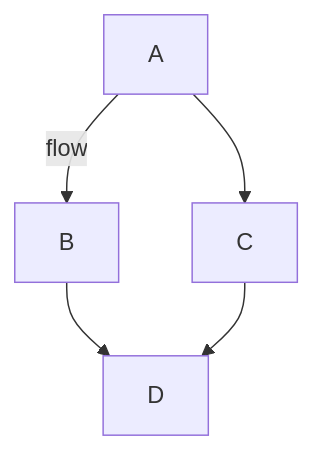
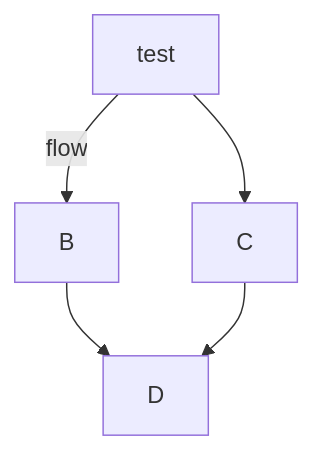
One commit to hallta/distributed-sql changed the first of 2 diagrams in README.md. Above: the diagram before and after it, drawn with Mermaid.

````diff
--- a/README.md
+++ b/README.md
@@ -10,7 +10,7 @@
 ```mermaid
 graph TD;
-    A-->|flow| B;
+    A[test]-->|flow| B;
     A-->C;
     B-->D;
     C-->D;
 ```
````
